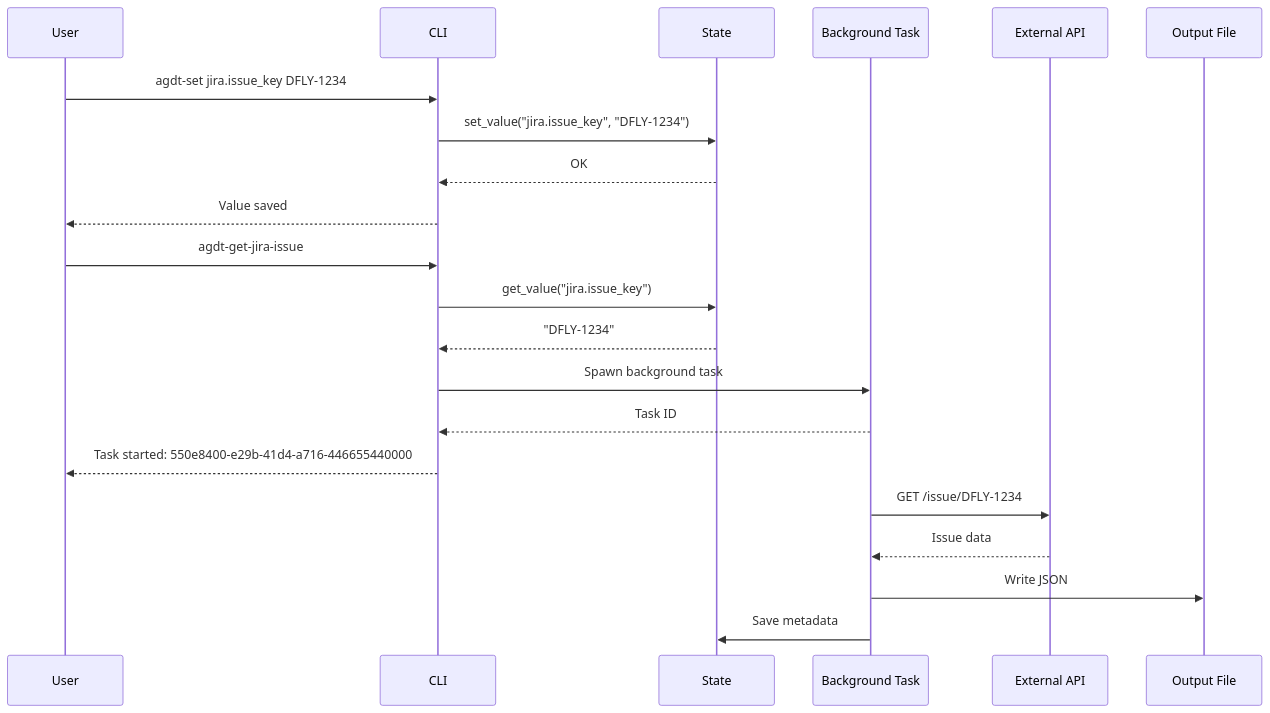
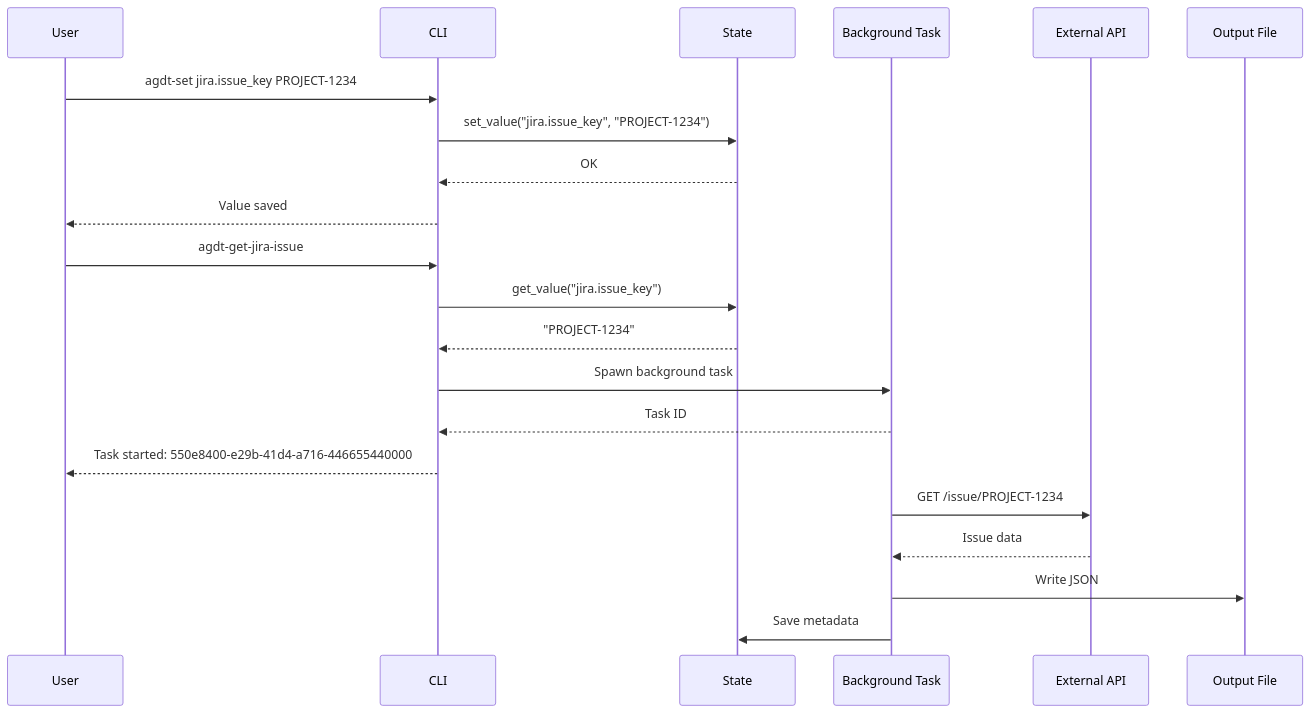
Before and after one commit to ayaiayorg/agentic-devtools: diagram 11 of 12 in docs/05-building-blocks.md, drawn with Mermaid. The commit also changed 201 other files, not shown here.

````diff
--- a/docs/05-building-blocks.md
+++ b/docs/05-building-blocks.md
@@ -304,26 +304,26 @@
 ```mermaid
 sequenceDiagram
     participant User
     participant CLI
     participant State
     participant BG as Background Task
     participant API as External API
     participant File as Output File
     
-    User->>CLI: agdt-set jira.issue_key DFLY-1234
-    CLI->>State: set_value("jira.issue_key", "DFLY-1234")
+    User->>CLI: agdt-set jira.issue_key PROJECT-1234
+    CLI->>State: set_value("jira.issue_key", "PROJECT-1234")
     State-->>CLI: OK
     CLI-->>User: Value saved
     
     User->>CLI: agdt-get-jira-issue
     CLI->>State: get_value("jira.issue_key")
-    State-->>CLI: "DFLY-1234"
+    State-->>CLI: "PROJECT-1234"
     CLI->>BG: Spawn background task
     BG-->>CLI: Task ID
     CLI-->>User: Task started: 550e8400-e29b-41d4-a716-446655440000
     
-    BG->>API: GET /issue/DFLY-1234
+    BG->>API: GET /issue/PROJECT-1234
     API-->>BG: Issue data
     BG->>File: Write JSON
     BG->>State: Save metadata
 ```
````
